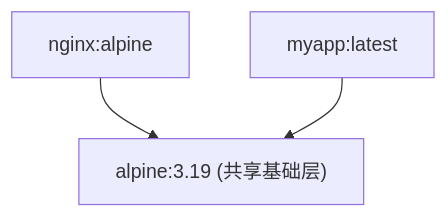
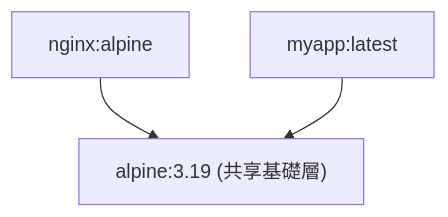
The second of 4 diagrams in 12_implementation/12.4_ufs.md (alexkuoecity/docker-practice-master-zh-tw), drawn with Mermaid before and after one commit. The commit also changed other lines of this file and 200 other files, not shown here.

````diff
--- a/12_implementation/12.4_ufs.md
+++ b/12_implementation/12.4_ufs.md
@@ -32,5 +32,5 @@
 ```mermaid
 flowchart TD
-    Nginx["nginx:alpine"] --> Alpine["alpine:3.19 (共享基础层)"]
+    Nginx["nginx:alpine"] --> Alpine["alpine:3.19 (共享基礎層)"]
     MyApp["myapp:latest"] --> Alpine
 ```
````
